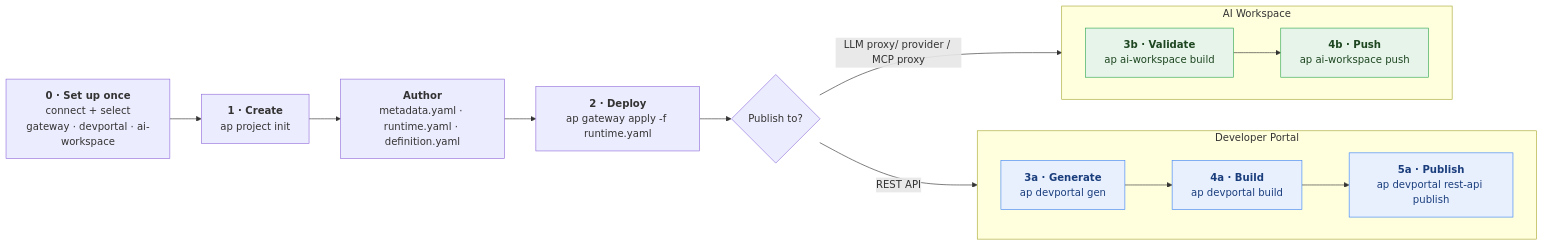
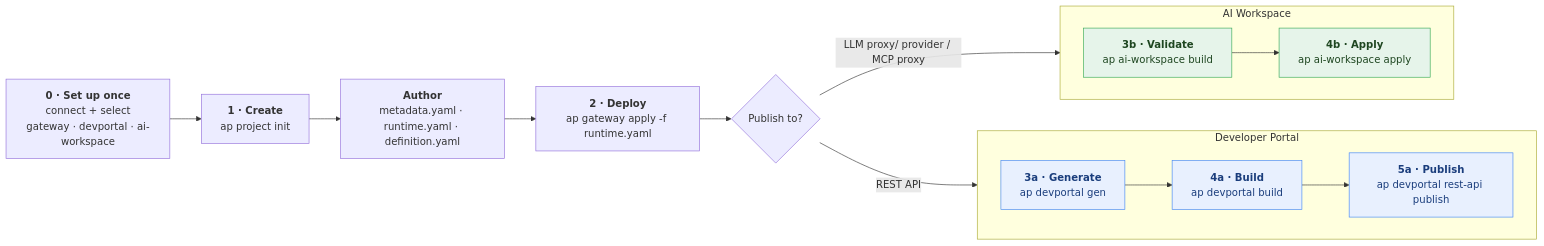
One commit to wso2/api-platform changed the diagram in docs/cli/end-to-end-workflow.md. Above: the diagram before and after it, drawn with Mermaid. The commit also changed other lines of this file and 10 other files, not shown here.

Commit message:
update push command to apply command

````diff
--- a/docs/cli/end-to-end-workflow.md
+++ b/docs/cli/end-to-end-workflow.md
@@ -13,25 +13,25 @@
 ```mermaid
 flowchart LR
     A["<b>0 · Set up once</b><br/>connect + select<br/>gateway · devportal · ai-workspace"] --> B["<b>1 · Create</b><br/>ap project init"]
     B --> C["<b>Author</b><br/>metadata.yaml · runtime.yaml · definition.yaml"]
     C --> D["<b>2 · Deploy</b><br/>ap gateway apply -f runtime.yaml"]
     D --> E{"Publish to?"}
 
     subgraph DP["Developer Portal"]
         direction LR
         F["<b>3a · Generate</b><br/>ap devportal gen"] --> G["<b>4a · Build</b><br/>ap devportal build"] --> H["<b>5a · Publish</b><br/>ap devportal rest-api publish"]
     end
 
     subgraph AW["AI Workspace"]
         direction LR
-        I["<b>3b · Validate</b><br/>ap ai-workspace build"] --> J["<b>4b · Push</b><br/>ap ai-workspace push"]
+        I["<b>3b · Validate</b><br/>ap ai-workspace build"] --> J["<b>4b · Apply</b><br/>ap ai-workspace apply"]
     end
 
     E -->|REST API| F
     E -->|LLM proxy/ provider / MCP proxy| I
 
     classDef dp fill:#e8f0fe,stroke:#4285f4,color:#1a3d7c;
     classDef aiws fill:#e6f4ea,stroke:#34a853,color:#1e4620;
     class F,G,H dp;
     class I,J aiws;
 ```
````
